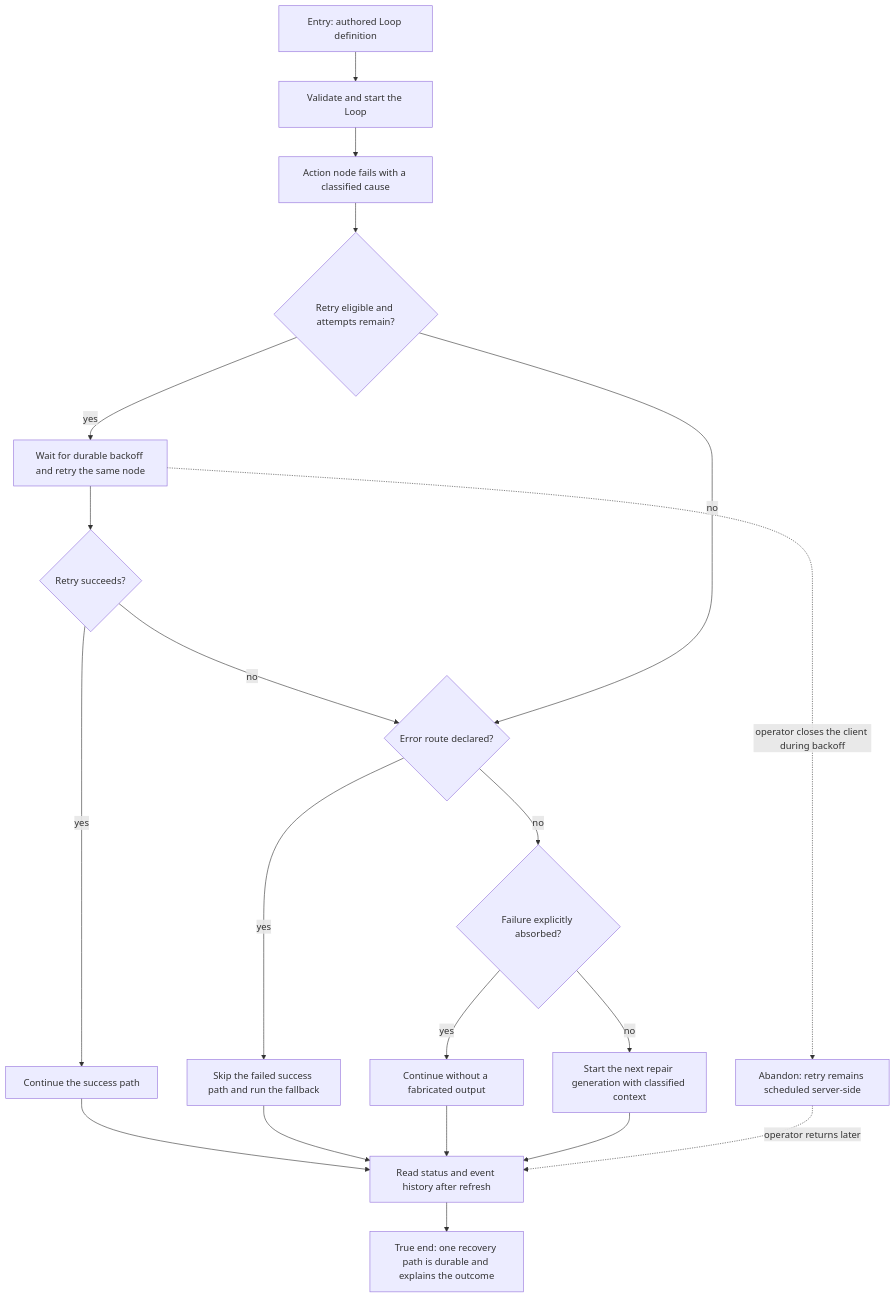
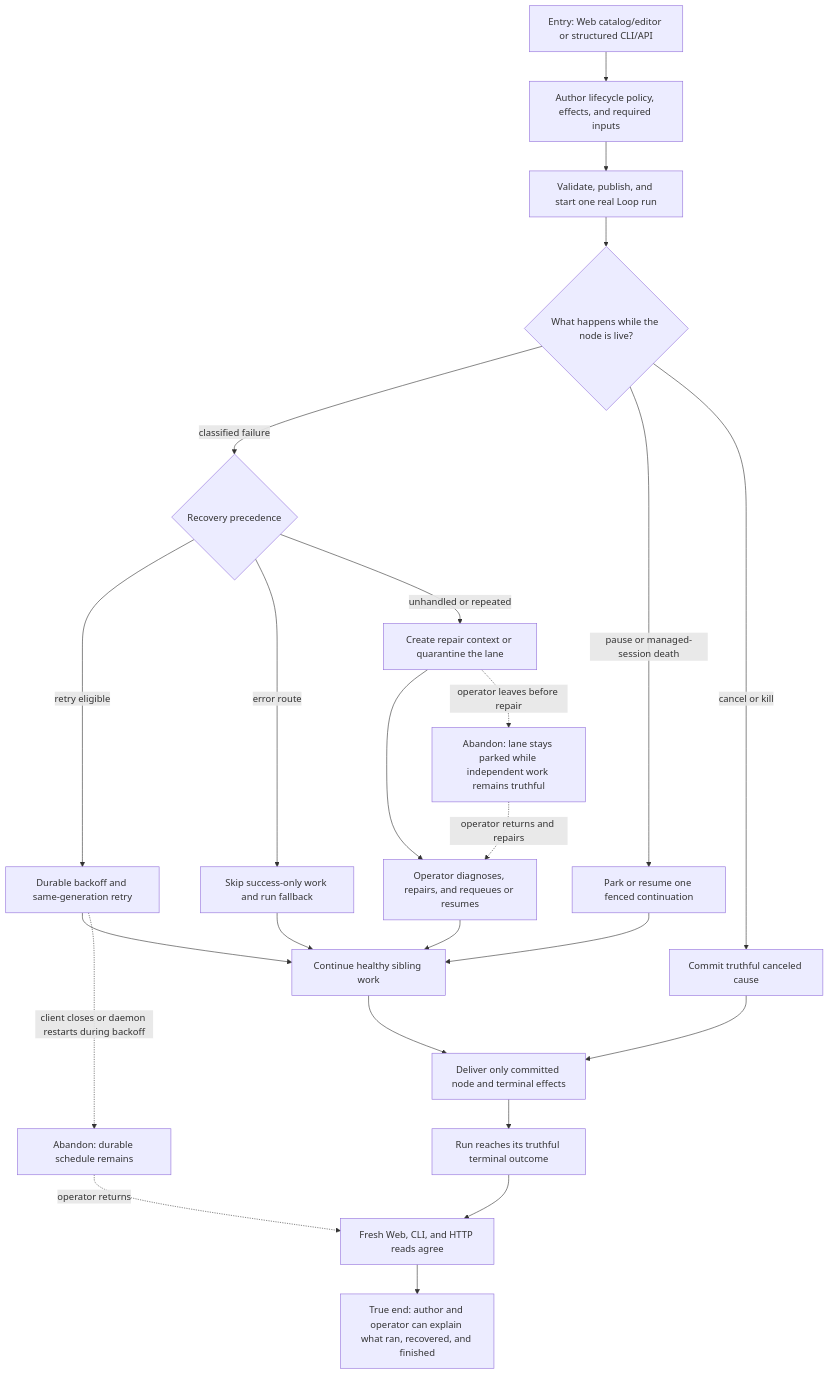
The diagram in docs/qa/journeys/J-recover-loop-node-failure.md (compozy/compozy), drawn with Mermaid before and after one commit. The commit also changed other lines of this file and 30 other files, not shown here.

````diff
--- a/docs/qa/journeys/J-recover-loop-node-failure.md
+++ b/docs/qa/journeys/J-recover-loop-node-failure.md
@@ -8,22 +7,26 @@
 ```mermaid
 flowchart TD
-    A[Entry: authored Loop definition] --> B[Validate and start the Loop]
-    B --> C[Action node fails with a classified cause]
-    C --> D{Retry eligible and attempts remain?}
-    D -->|yes| E[Wait for durable backoff and retry the same node]
-    E --> F{Retry succeeds?}
-    F -->|yes| G[Continue the success path]
-    F -->|no| H{Error route declared?}
-    D -->|no| H
-    H -->|yes| I[Skip the failed success path and run the fallback]
-    H -->|no| J{Failure explicitly absorbed?}
-    J -->|yes| K[Continue without a fabricated output]
-    J -->|no| L[Start the next repair generation with classified context]
-    G --> M[Read status and event history after refresh]
-    I --> M
-    K --> M
-    L --> M
-    M --> N[True end: one recovery path is durable and explains the outcome]
-    E -.->|operator closes the client during backoff| X[Abandon: retry remains scheduled server-side]
-    X -.->|operator returns later| M
+    A[Entry: Web catalog/editor or structured CLI/API] --> B[Author lifecycle policy, effects, and required inputs]
+    B --> C[Validate, publish, and start one real Loop run]
+    C --> D{What happens while the node is live?}
+    D -->|classified failure| E{Recovery precedence}
+    D -->|pause or managed-session death| F[Park or resume one fenced continuation]
+    D -->|cancel or kill| G[Commit truthful canceled cause]
+    E -->|retry eligible| H[Durable backoff and same-generation retry]
+    E -->|error route| I[Skip success-only work and run fallback]
+    E -->|unhandled or repeated| J[Create repair context or quarantine the lane]
+    J --> K[Operator diagnoses, repairs, and requeues or resumes]
+    F --> L[Continue healthy sibling work]
+    H --> L
+    I --> L
+    K --> L
+    L --> M[Deliver only committed node and terminal effects]
+    G --> M
+    M --> N[Run reaches its truthful terminal outcome]
+    N --> O[Fresh Web, CLI, and HTTP reads agree]
+    O --> P[True end: author and operator can explain what ran, recovered, and finished]
+    H -.->|client closes or daemon restarts during backoff| X1[Abandon: durable schedule remains]
+    X1 -.->|operator returns| O
+    J -.->|operator leaves before repair| X2[Abandon: lane stays parked while independent work remains truthful]
+    X2 -.->|operator returns and repairs| K
 ```
````
